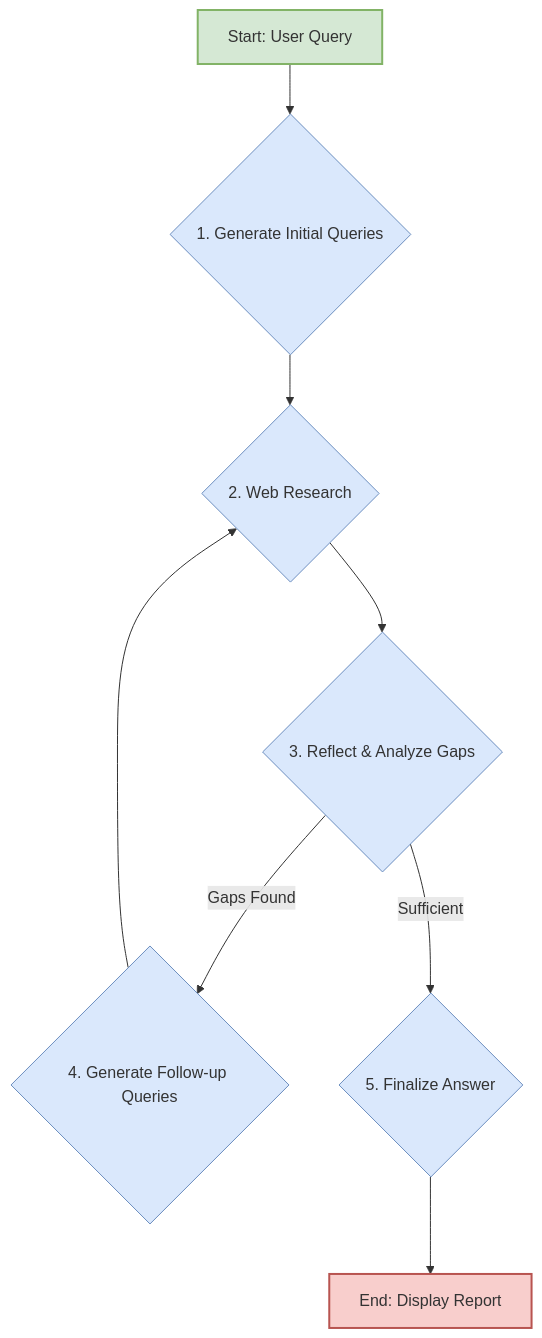
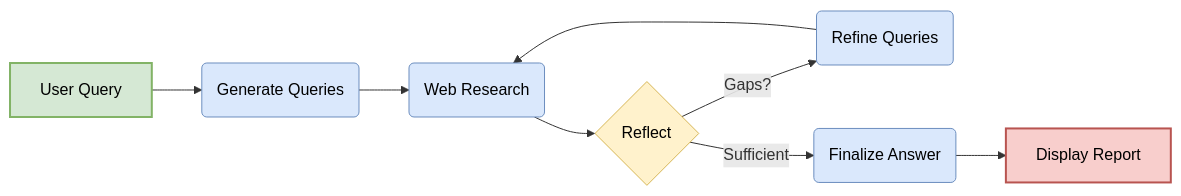
The diagram in README.md (Leadersasif55/AgentBlack_Search_v3), drawn with Mermaid before and after one commit.

Commit message:
fix(docs): correct mermaid diagram rendering and style

````diff
--- a/README.md
+++ b/README.md
@@ -9,18 +9,18 @@
 ```mermaid
-graph TD
-    A[Start: User Query] --> B{1. Generate Initial Queries};
-    B --> C{2. Web Research};
-    C --> D{3. Reflect & Analyze Gaps};
-    D -- Gaps Found --> E{4. Generate Follow-up Queries};
+graph LR
+    A[User Query] --> B(Generate Queries);
+    B --> C(Web Research);
+    C --> D{Reflect};
+    D -- Gaps? --> E(Refine Queries);
     E --> C;
-    D -- Sufficient --> F{5. Finalize Answer};
-    F --> G[End: Display Report];
+    D -- Sufficient --> F(Finalize Answer);
+    F --> G[Display Report];
 
-    style A fill:#D5E8D4,stroke:#82B366,stroke-width:2px
-    style G fill:#F8CECC,stroke:#B85450,stroke-width:2px
-    style B fill:#DAE8FC,stroke:#6C8EBF
-    style C fill:#DAE8FC,stroke:#6C8EBF
-    style D fill:#DAE8FC,stroke:#6C8EBF
-    style E fill:#DAE8FC,stroke:#6C8EBF
-    style F fill:#DAE8FC,stroke:#6C8EBF
+    style A fill:#D5E8D4,stroke:#82B366,stroke-width:2px,color:black
+    style G fill:#F8CECC,stroke:#B85450,stroke-width:2px,color:black
+    style B fill:#DAE8FC,stroke:#6C8EBF,color:black
+    style C fill:#DAE8FC,stroke:#6C8EBF,color:black
+    style D fill:#FFF2CC,stroke:#D6B656,color:black
+    style E fill:#DAE8FC,stroke:#6C8EBF,color:black
+    style F fill:#DAE8FC,stroke:#6C8EBF,color:black
 ```
````
